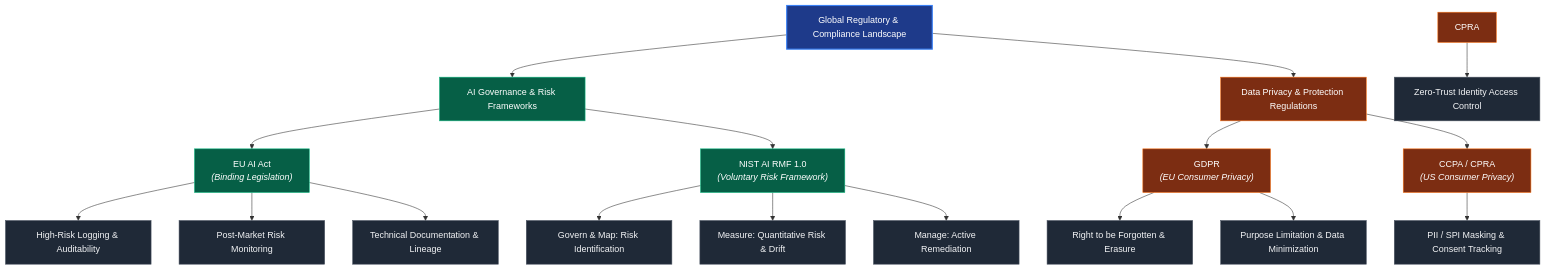
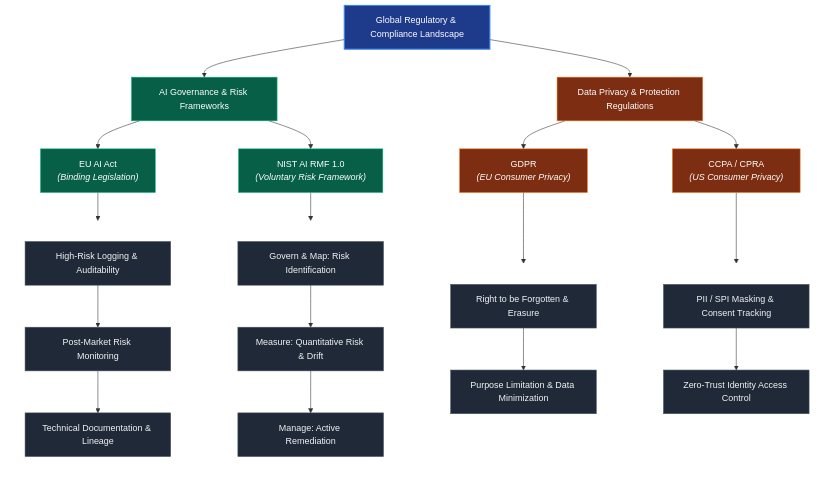
One commit to vrrgithub1/ai-governance-control-tower changed the diagram in docs/architecture/02 Business Problem.md. Above: the diagram before and after it, drawn with Mermaid.

Commit message:
Update 02 Business Problem.md

````diff
--- a/docs/architecture/02 Business Problem.md
+++ b/docs/architecture/02 Business Problem.md
@@ -17,43 +17,57 @@
 ```mermaid
 graph TD
     %% Main Title / Node
     Root["Global Regulatory & Compliance Landscape"]
 
     %% Primary Branches
     Root --> AIBranch["AI Governance & Risk Frameworks"]
     Root --> PrivacyBranch["Data Privacy & Protection Regulations"]
 
     %% AI Governance Subnodes
     AIBranch --> EUAI["EU AI Act<br><i>(Binding Legislation)</i>"]
     AIBranch --> NIST["NIST AI RMF 1.0<br><i>(Voluntary Risk Framework)</i>"]
 
-    %% EU AI Act Details
-    EUAI --> EU1["High-Risk Logging & Auditability"]
-    EUAI --> EU2["Post-Market Risk Monitoring"]
-    EUAI --> EU3["Technical Documentation & Lineage"]
-
-    %% NIST Details
-    NIST --> N1["Govern & Map: Risk Identification"]
-    NIST --> N2["Measure: Quantitative Risk & Drift"]
-    NIST --> N3["Manage: Active Remediation"]
-
     %% Data Privacy Subnodes
     PrivacyBranch --> GDPR["GDPR<br><i>(EU Consumer Privacy)</i>"]
     PrivacyBranch --> CCPA["CCPA / CPRA<br><i>(US Consumer Privacy)</i>"]
 
-    %% Privacy Details
-    GDPR --> P1["Right to be Forgotten & Erasure"]
-    GDPR --> P2["Purpose Limitation & Data Minimization"]
-    CCPA --> P3["PII / SPI Masking & Consent Tracking"]
-    CPRA --> P4["Zero-Trust Identity Access Control"]
+    %% Subgraphs to force 3rd-level leaf nodes to align VERTICALLY (TB)
+    subgraph EU_Group [" "]
+        direction TB
+        EU1["High-Risk Logging & Auditability"] --> EU2["Post-Market Risk Monitoring"] --> EU3["Technical Documentation & Lineage"]
+    end
+    EUAI --> EU1
+
+    subgraph NIST_Group [" "]
+        direction TB
+        N1["Govern & Map: Risk Identification"] --> N2["Measure: Quantitative Risk & Drift"] --> N3["Manage: Active Remediation"]
+    end
+    NIST --> N1
+
+    subgraph GDPR_Group [" "]
+        direction TB
+        P1["Right to be Forgotten & Erasure"] --> P2["Purpose Limitation & Data Minimization"]
+    end
+    GDPR --> P1
+
+    subgraph CCPA_Group [" "]
+        direction TB
+        P3["PII / SPI Masking & Consent Tracking"] --> P4["Zero-Trust Identity Access Control"]
+    end
+    CCPA --> P3
 
     %% Styling
     classDef default fill:#1f2937,stroke:#4b5563,stroke-width:1px,color:#f3f4f6;
     classDef rootStyle fill:#1e3a8a,stroke:#3b82f6,stroke-width:2px,color:#ffffff;
     classDef aiStyle fill:#065f46,stroke:#10b981,stroke-width:1px,color:#ffffff;
     classDef privacyStyle fill:#7c2d12,stroke:#f97316,stroke-width:1px,color:#ffffff;
 
     class Root rootStyle;
     class AIBranch,EUAI,NIST aiStyle;
-    class PrivacyBranch,GDPR,CCPA,CPRA privacyStyle;
+    class PrivacyBranch,GDPR,CCPA privacyStyle;
+    
+    style EU_Group fill:none,stroke:none;
+    style NIST_Group fill:none,stroke:none;
+    style GDPR_Group fill:none,stroke:none;
+    style CCPA_Group fill:none,stroke:none;
 ```
````
